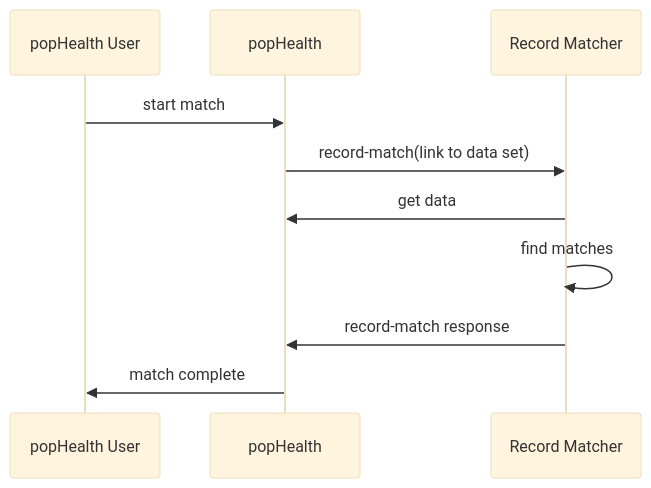
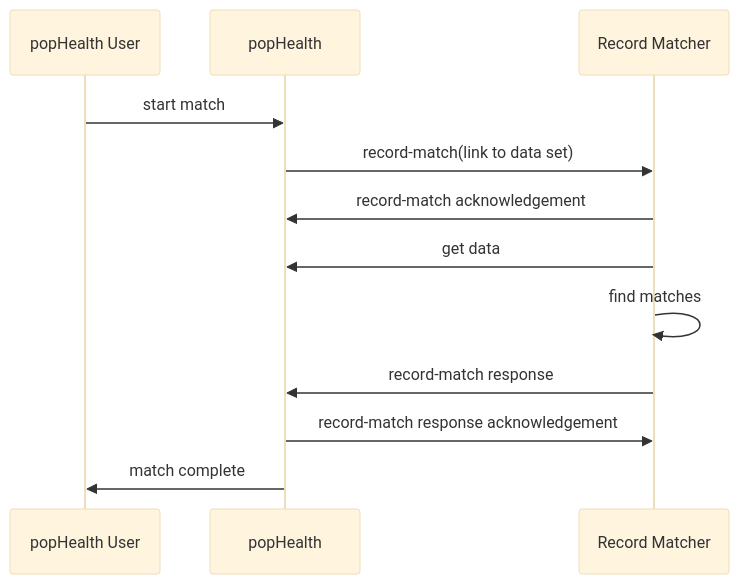
The diagram in PopHealth Record Match Interface.md (mitre/test-harness-interface), drawn with Mermaid (base theme) before and after one commit. The commit also changed other lines of this file, not shown here.

````diff
--- a/PopHealth Record Match Interface.md
+++ b/PopHealth Record Match Interface.md
@@ -27,10 +27,11 @@
 ```mermaid
 sequenceDiagram
 popHealth User->>popHealth: start match
 popHealth->>Record Matcher: record-match(link to data set)
+Record Matcher->>popHealth: record-match acknowledgement
 Record Matcher->>popHealth: get data
 Record Matcher->>Record Matcher:find matches
 Record Matcher->>popHealth: record-match response
+popHealth->>Record Matcher: record-match response acknowledgement
 popHealth->>popHealth User: match complete
-
 ```
````
